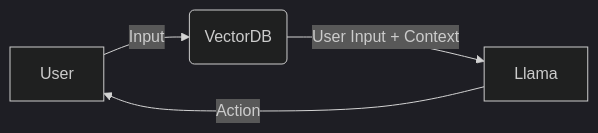
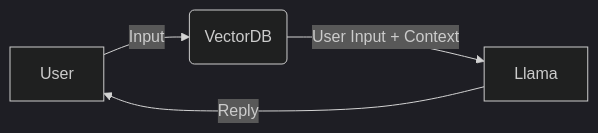
The diagram in README.md (khoindq/IntelliMate), drawn with Mermaid (dark theme) before and after one commit.

````diff
--- a/README.md
+++ b/README.md
@@ -26,6 +26,6 @@
  ```mermaid
  graph LR
      A[User] -->|Input| B(VectorDB)
      B -->|User Input + Context| C[Llama]
-     C -->|Action| A
+     C -->|Reply| A
  ```
````
